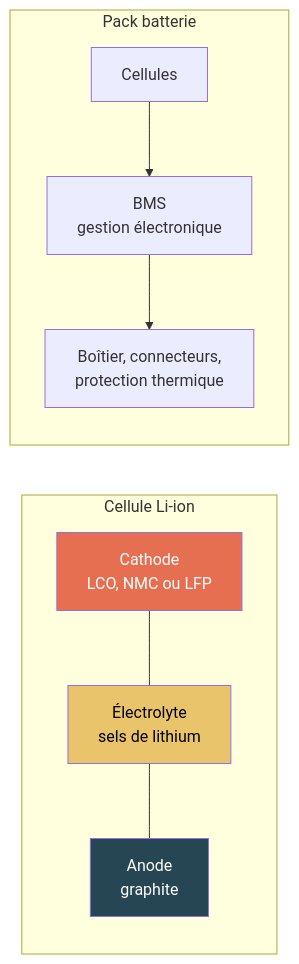
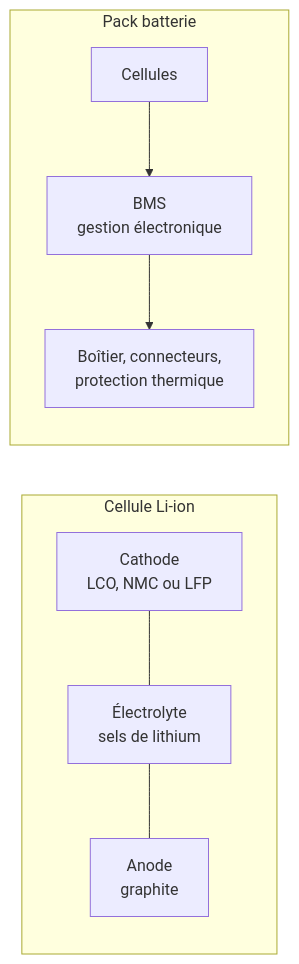
Before and after one commit to digital4better/methodology: the diagram in docs/materiel/composants/alimentation-et-batterie.md, drawn with Mermaid. The commit also changed other lines of this file and 193 other files, not shown here.

````diff
--- a/docs/materiel/composants/alimentation-et-batterie.md
+++ b/docs/materiel/composants/alimentation-et-batterie.md
@@ -11,15 +9,15 @@
 ```mermaid
 flowchart LR
     subgraph "Cellule Li-ion"
         C[Cathode<br>LCO, NMC ou LFP] --- E[Électrolyte<br>sels de lithium]
         E --- A[Anode<br>graphite]
     end
     subgraph "Pack batterie"
         CELL[Cellules] --> BMS[BMS<br>gestion électronique]
         BMS --> PACK[Boîtier, connecteurs,<br>protection thermique]
     end
 
-    style C fill:#e76f51,color:#fff
-    style A fill:#264653,color:#fff
-    style E fill:#e9c46a,color:#000
+    class C d4b-coral
+    class A d4b-navy
+    class E d4b-sand
 ```
````
